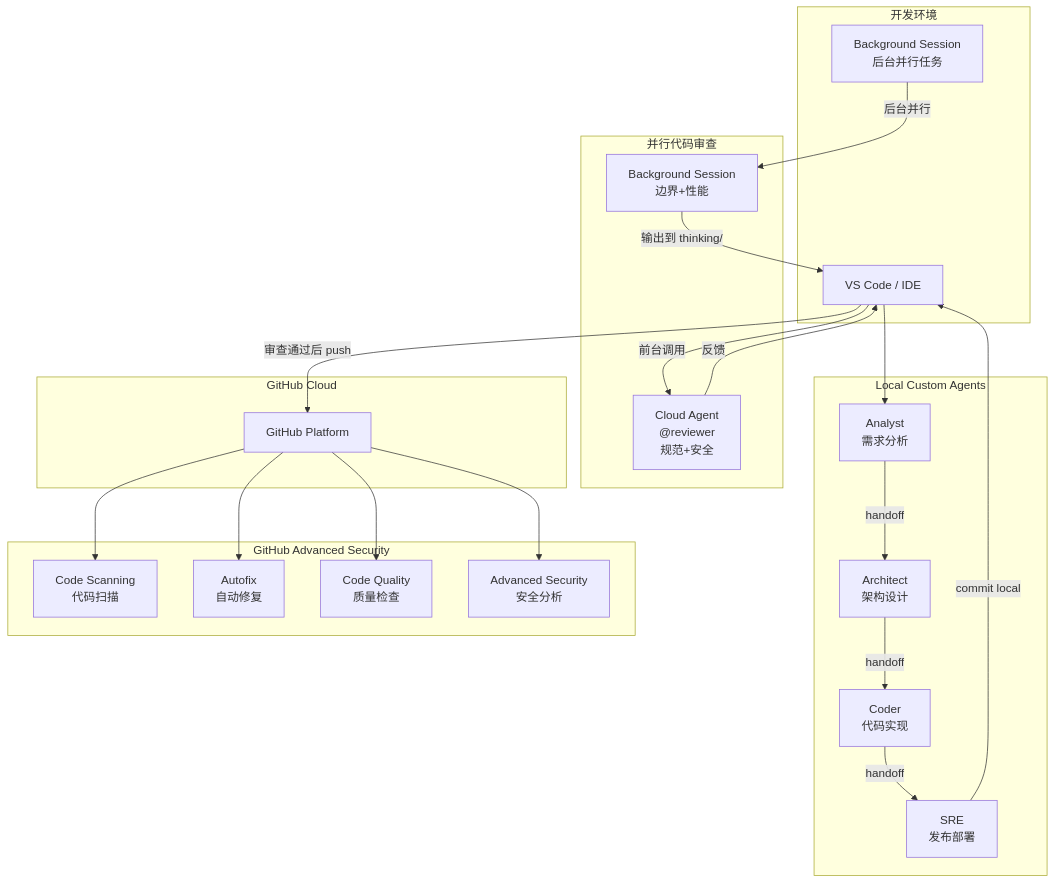
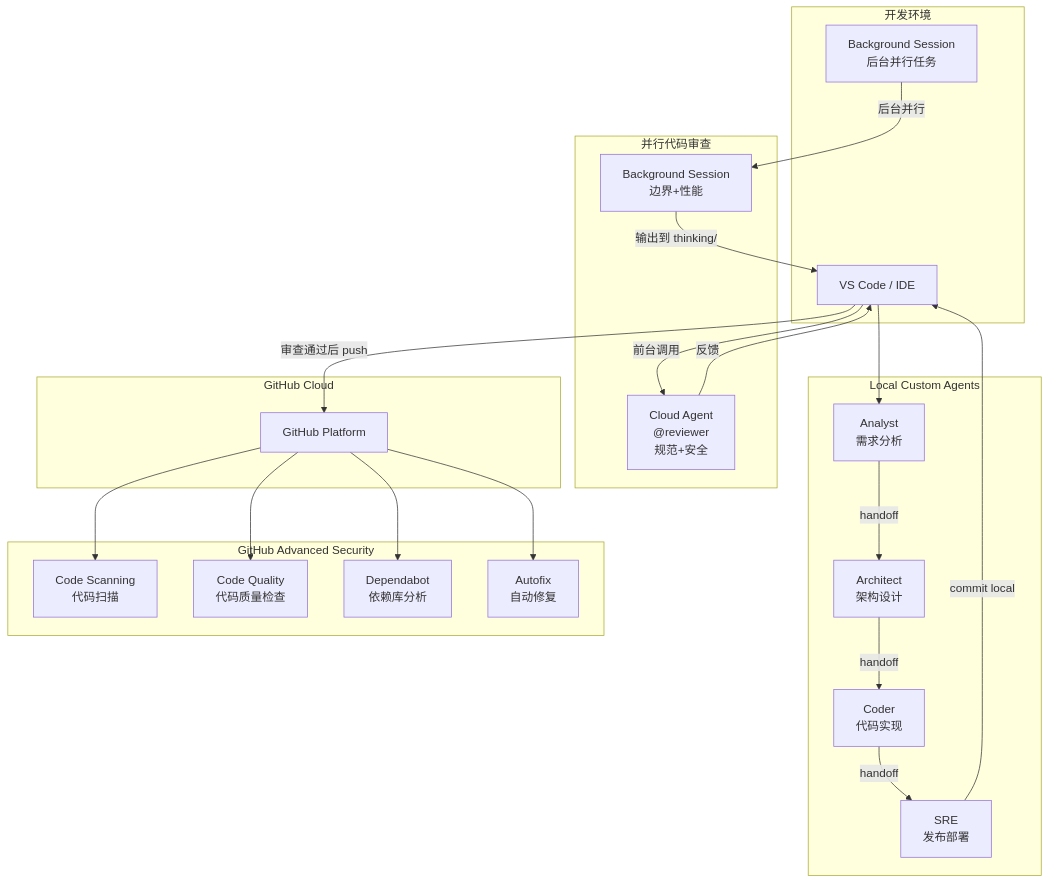
The first of 4 diagrams in labs/agents/README.md (ghcpSharing/library), drawn with Mermaid before and after one commit. The commit also changed other lines of this file, not shown here.

````diff
--- a/labs/agents/README.md
+++ b/labs/agents/README.md
@@ -23,48 +23,48 @@
 ```mermaid
 graph TB
     subgraph "开发环境"
         IDE[VS Code / IDE]
         BG[Background Session<br/>后台并行任务]
     end
     
     subgraph "Local Custom Agents"
         A1[Analyst<br/>需求分析]
         A2[Architect<br/>架构设计]
         A3[Coder<br/>代码实现]
         A4[SRE<br/>发布部署]
     end
     
     subgraph "并行代码审查"
         CA[Cloud Agent<br/>@reviewer<br/>规范+安全]
         BGS[Background Session<br/>边界+性能]
     end
     
     subgraph "GitHub Cloud"
         GH[GitHub Platform]
     end
     
     subgraph "GitHub Advanced Security"
         CS[Code Scanning<br/>代码扫描]
+        CQ[Code Quality<br/>代码质量检查]
+        AS[Dependabot<br/>依赖库分析]
         AF[Autofix<br/>自动修复]
-        CQ[Code Quality<br/>质量检查]
-        AS[Advanced Security<br/>安全分析]
     end
     
     IDE --> A1
     A1 -->|handoff| A2
     A2 -->|handoff| A3
     A3 -->|handoff| A4
     A4 -->|commit local| IDE
     
     IDE -->|前台调用| CA
     BG -->|后台并行| BGS
     CA -->|反馈| IDE
     BGS -->|输出到 thinking/| IDE
     
     IDE -->|审查通过后 push| GH
     
     GH --> CS
     GH --> AF
     GH --> CQ
     GH --> AS
 ```
````
